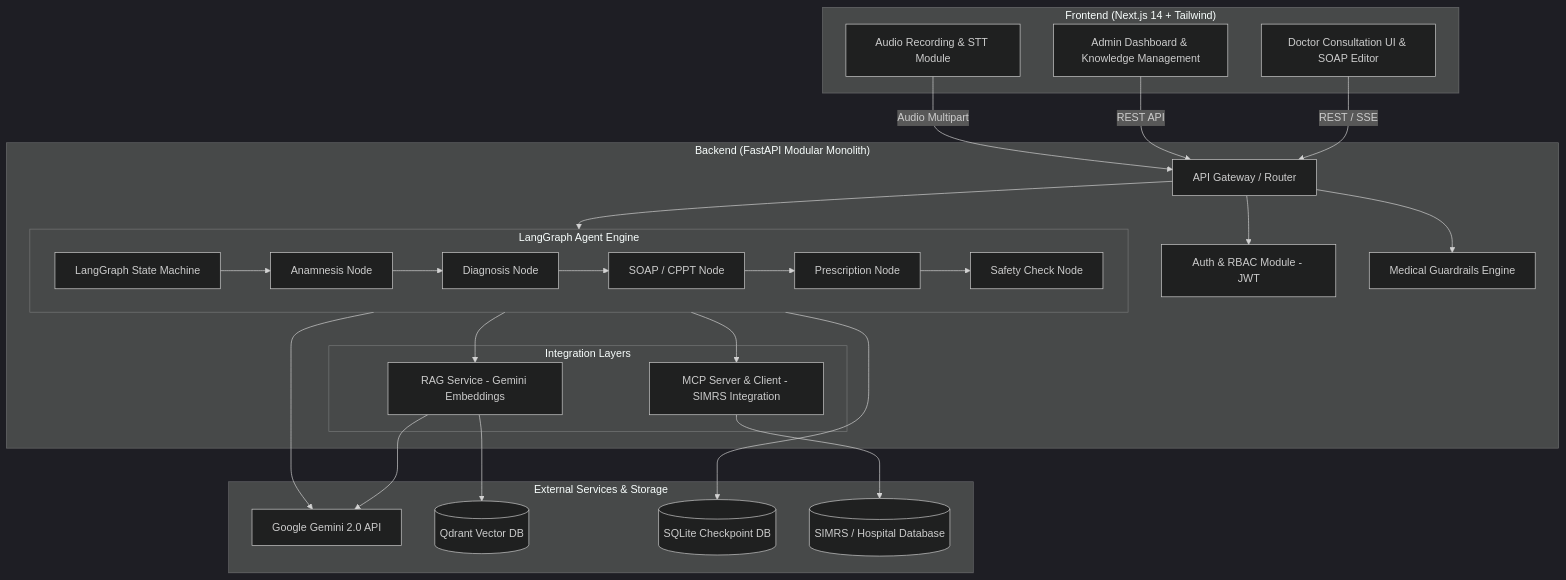
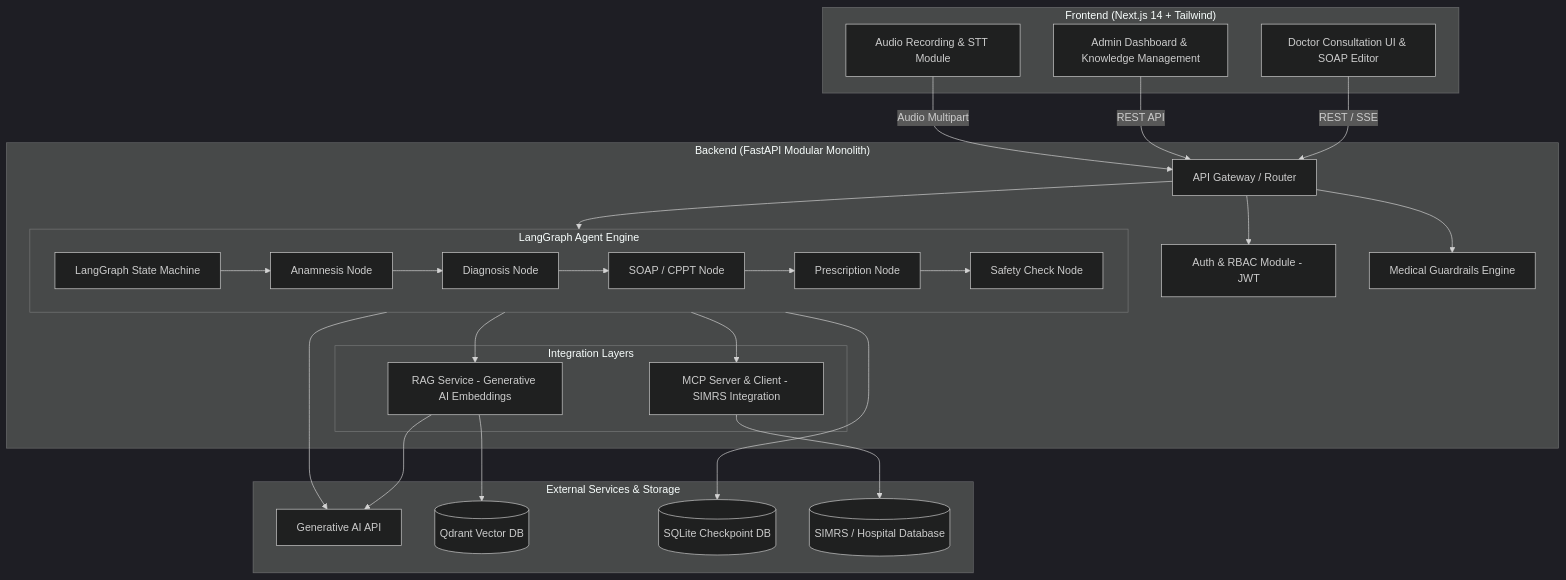
The diagram in README.md (satriaputera91/AssistanMedixa), drawn with Mermaid (dark theme) before and after one commit. The commit also changed other lines of this file and 96 other files, not shown here.

````diff
--- a/README.md
+++ b/README.md
@@ -68,53 +68,53 @@
 ```mermaid
 flowchart TD
     subgraph Client ["Frontend (Next.js 14 + Tailwind)"]
         UI[Doctor Consultation UI & SOAP Editor]
         AdminUI[Admin Dashboard & Knowledge Management]
         AudioRec[Audio Recording & STT Module]
     end
 
     subgraph Backend ["Backend (FastAPI Modular Monolith)"]
         API[API Gateway / Router]
         Auth[Auth & RBAC Module - JWT]
         Guardrails[Medical Guardrails Engine]
         
         subgraph AgenticCore ["LangGraph Agent Engine"]
             StateGraph[LangGraph State Machine]
             AnamnesisNode[Anamnesis Node]
             DiagnosisNode[Diagnosis Node]
             SOAPNode[SOAP / CPPT Node]
             PrescriptionNode[Prescription Node]
             SafetyNode[Safety Check Node]
         end
 
         subgraph Integrations ["Integration Layers"]
             MCP[MCP Server & Client - SIMRS Integration]
-            RAG[RAG Service - Gemini Embeddings]
+            RAG[RAG Service - Generative AI Embeddings]
         end
     end
 
     subgraph External ["External Services & Storage"]
-        Gemini[Google Gemini 2.0 API]
+        GenAI[Generative AI API]
         Qdrant[(Qdrant Vector DB)]
         SQLite[(SQLite Checkpoint DB)]
         SIMRS[(SIMRS / Hospital Database)]
     end
 
     UI -->|REST / SSE| API
     AdminUI -->|REST API| API
     AudioRec -->|Audio Multipart| API
 
     API --> Auth
     API --> AgenticCore
     API --> Guardrails
     
     StateGraph --> AnamnesisNode --> DiagnosisNode --> SOAPNode --> PrescriptionNode --> SafetyNode
-    AgenticCore --> Gemini
+    AgenticCore --> GenAI
     AgenticCore --> SQLite
     AgenticCore --> MCP
     AgenticCore --> RAG
 
     MCP --> SIMRS
     RAG --> Qdrant
-    RAG --> Gemini
+    RAG --> GenAI
 ```
````
